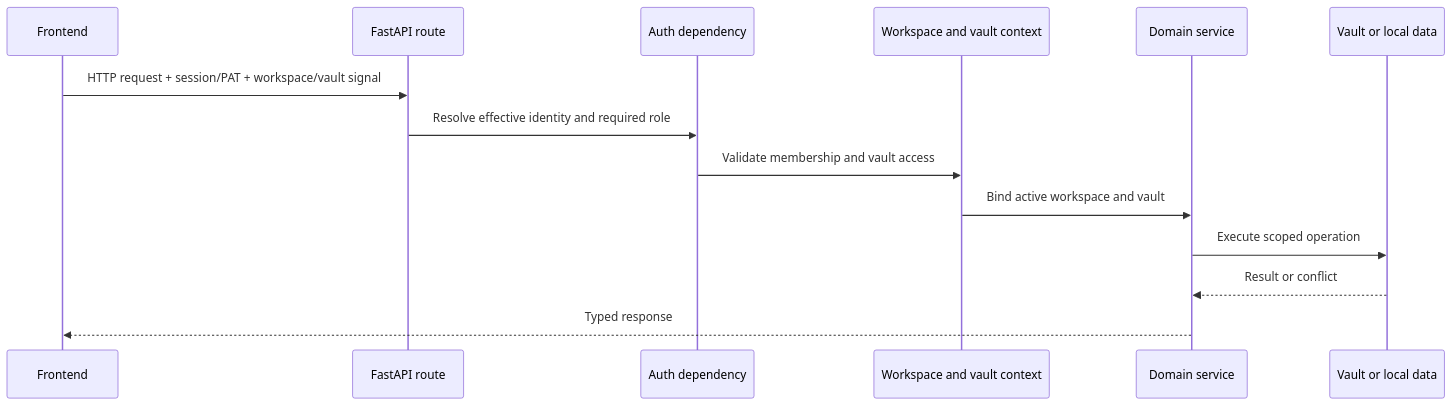
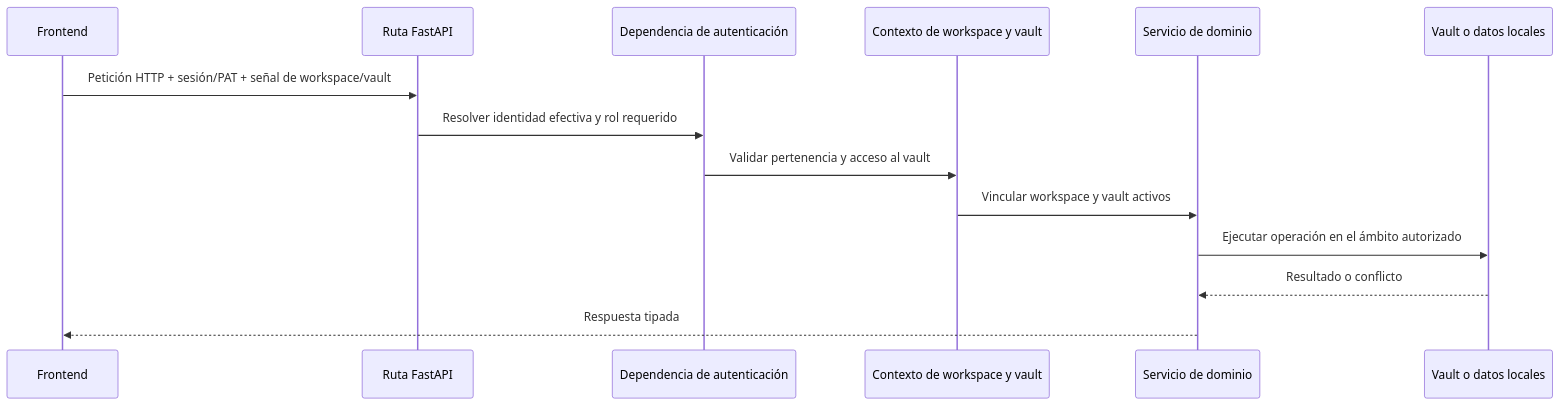
The diagram in docs/engineering-es/architecture/cross-cutting-flows.md (ismigar/Gnosi), drawn with Mermaid before and after one commit. The commit also changed other lines of this file and 96 other files, not shown here.

````diff
--- a/docs/engineering-es/architecture/cross-cutting-flows.md
+++ b/docs/engineering-es/architecture/cross-cutting-flows.md
@@ -42,16 +44,16 @@
 ```mermaid
 sequenceDiagram
     participant UI as Frontend
-    participant API as FastAPI route
-    participant Auth as Auth dependency
-    participant Ctx as Workspace and vault context
-    participant Svc as Domain service
-    participant Store as Vault or local data
-    UI->>API: HTTP request + session/PAT + workspace/vault signal
-    API->>Auth: Resolve effective identity and required role
-    Auth->>Ctx: Validate membership and vault access
-    Ctx->>Svc: Bind active workspace and vault
-    Svc->>Store: Execute scoped operation
-    Store-->>Svc: Result or conflict
-    Svc-->>UI: Typed response
+    participant API as Ruta FastAPI
+    participant Auth as Dependencia de autenticación
+    participant Ctx as Contexto de workspace y vault
+    participant Svc as Servicio de dominio
+    participant Store as Vault o datos locales
+    UI->>API: Petición HTTP + sesión/PAT + señal de workspace/vault
+    API->>Auth: Resolver identidad efectiva y rol requerido
+    Auth->>Ctx: Validar pertenencia y acceso al vault
+    Ctx->>Svc: Vincular workspace y vault activos
+    Svc->>Store: Ejecutar operación en el ámbito autorizado
+    Store-->>Svc: Resultado o conflicto
+    Svc-->>UI: Respuesta tipada
 ```
````
